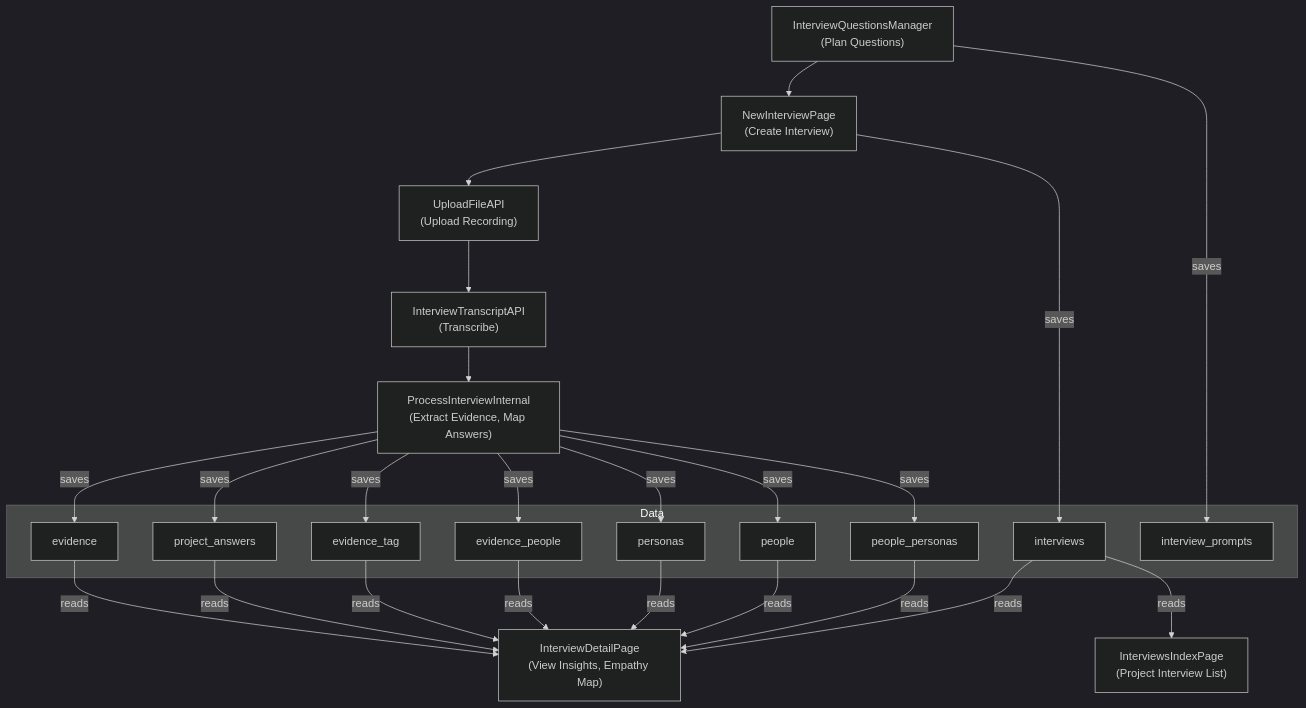
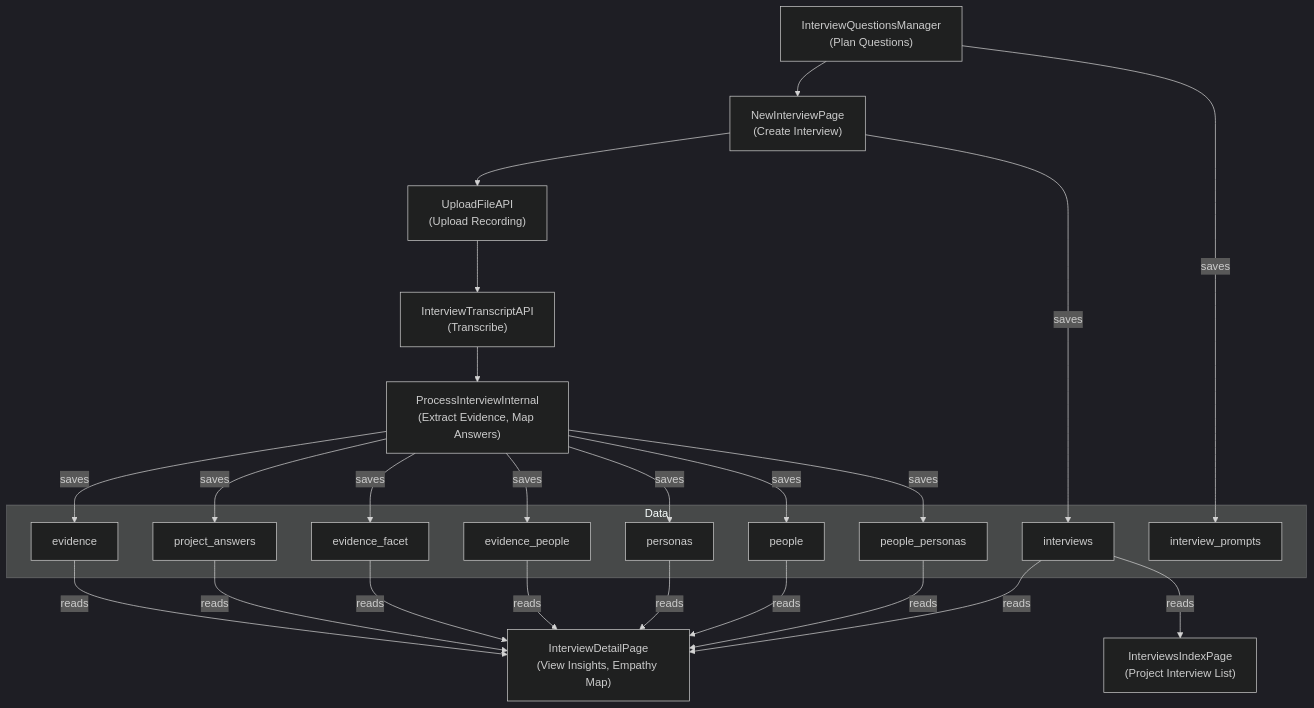
Before and after one commit to epic-hq/Insights: the diagram in docs/user-flow-diagram.mmd, drawn with Mermaid (dark theme). The commit also changed 22 other files, not shown here.

```diff
--- a/docs/user-flow-diagram.mmd
+++ b/docs/user-flow-diagram.mmd
@@ -1,47 +1,47 @@
 flowchart TD
   %% Pages / APIs / Services
   plan_mgr["InterviewQuestionsManager\n(Plan Questions)"] --> new_interview_page["NewInterviewPage\n(Create Interview)"]
   new_interview_page --> upload_file_api["UploadFileAPI\n(Upload Recording)"]
   upload_file_api --> transcript_api["InterviewTranscriptAPI\n(Transcribe)"]
   transcript_api --> process_svc["ProcessInterviewInternal\n(Extract Evidence, Map Answers)"]
 
   %% Data tables (unique IDs, grouped in subgraph)
   subgraph Data
     tbl_interviews["interviews"]
     tbl_interview_prompts["interview_prompts"]
     tbl_project_answers["project_answers"]
     tbl_evidence["evidence"]
-    tbl_evidence_tag["evidence_tag"]
+    tbl_evidence_facet["evidence_facet"]
     tbl_evidence_people["evidence_people"]
     tbl_personas["personas"]
     tbl_people["people"]
     tbl_people_personas["people_personas"]
   end
 
   %% Writes from app/services to tables
   new_interview_page -- saves --> tbl_interviews
   plan_mgr -- saves --> tbl_interview_prompts
   process_svc -- saves --> tbl_evidence
   process_svc -- saves --> tbl_project_answers
-  process_svc -- saves --> tbl_evidence_tag
+  process_svc -- saves --> tbl_evidence_facet
   process_svc -- saves --> tbl_evidence_people
   process_svc -- saves --> tbl_personas
   process_svc -- saves --> tbl_people
   process_svc -- saves --> tbl_people_personas
 
   %% Detail & index pages (reads)
   interview_detail_page["InterviewDetailPage\n(View Insights, Empathy Map)"]
   interviews_index_page["InterviewsIndexPage\n(Project Interview List)"]
 
   %% Reads into detail page
   tbl_interviews -->|reads| interview_detail_page
   tbl_evidence -->|reads| interview_detail_page
   tbl_project_answers -->|reads| interview_detail_page
-  tbl_evidence_tag -->|reads| interview_detail_page
+  tbl_evidence_facet -->|reads| interview_detail_page
   tbl_evidence_people -->|reads| interview_detail_page
   tbl_personas -->|reads| interview_detail_page
   tbl_people -->|reads| interview_detail_page
   tbl_people_personas -->|reads| interview_detail_page
 
   %% Index page reads
   tbl_interviews -->|reads| interviews_index_page
```
